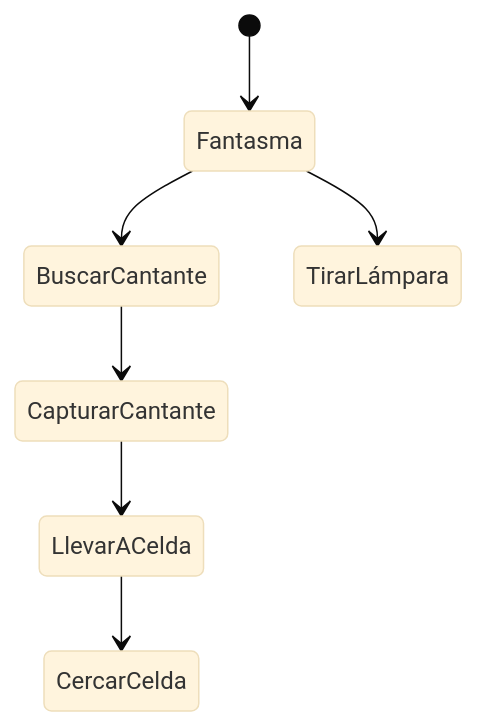
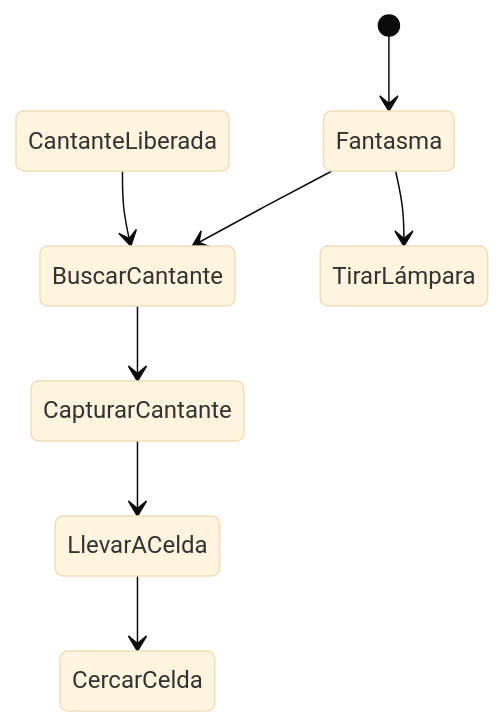
One commit to IAV23-G04/IAV23-G04-P3 changed the third of 3 diagrams in README.md. Above: the diagram before and after it, drawn with Mermaid (base theme). The commit also changed other lines of this file, not shown here.

````diff
--- a/README.md
+++ b/README.md
@@ -221,9 +225,11 @@
 ```mermaid
 stateDiagram
     [*] --> Fantasma
     Fantasma --> BuscarCantante
     Fantasma --> TirarLámpara
     BuscarCantante --> CapturarCantante
     CapturarCantante --> LlevarACelda
     LlevarACelda --> CercarCelda
+
+    CantanteLiberada --> BuscarCantante
 ```
````
